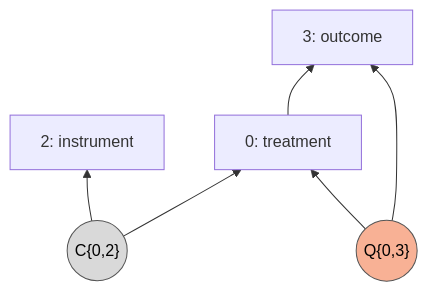
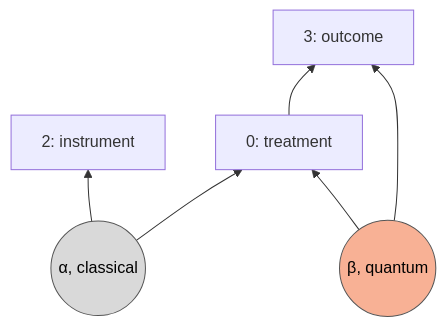
The tenth of 10 diagrams in manuscript/kpc_figure4_vs_code.md (eliewolfe/mDAG-analysis), drawn with Mermaid before and after one commit. The commit also changed other lines of this file and 8 other files, not shown here.

````diff
--- a/manuscript/kpc_figure4_vs_code.md
+++ b/manuscript/kpc_figure4_vs_code.md
@@ -267,12 +392,12 @@
 ```mermaid
 flowchart BT
-    S(("C{0,2}")) --> n2["2: instrument"]
-    S --> n0["0: treatment"]
-    Q(("Q{0,3}")) --> n0
-    Q --> n3["3: outcome"]
+    a(("α, classical")) --> n2["2: instrument"]
+    a --> n0["0: treatment"]
+    b(("β, quantum")) --> n0
+    b --> n3["3: outcome"]
     n0 --> n3
     classDef latent fill:#f8b195,stroke:#555,color:#000
     classDef classical fill:#d9d9d9,stroke:#555,color:#000
-    class Q latent
-    class S classical
+    class b latent
+    class a classical
 ```
````
